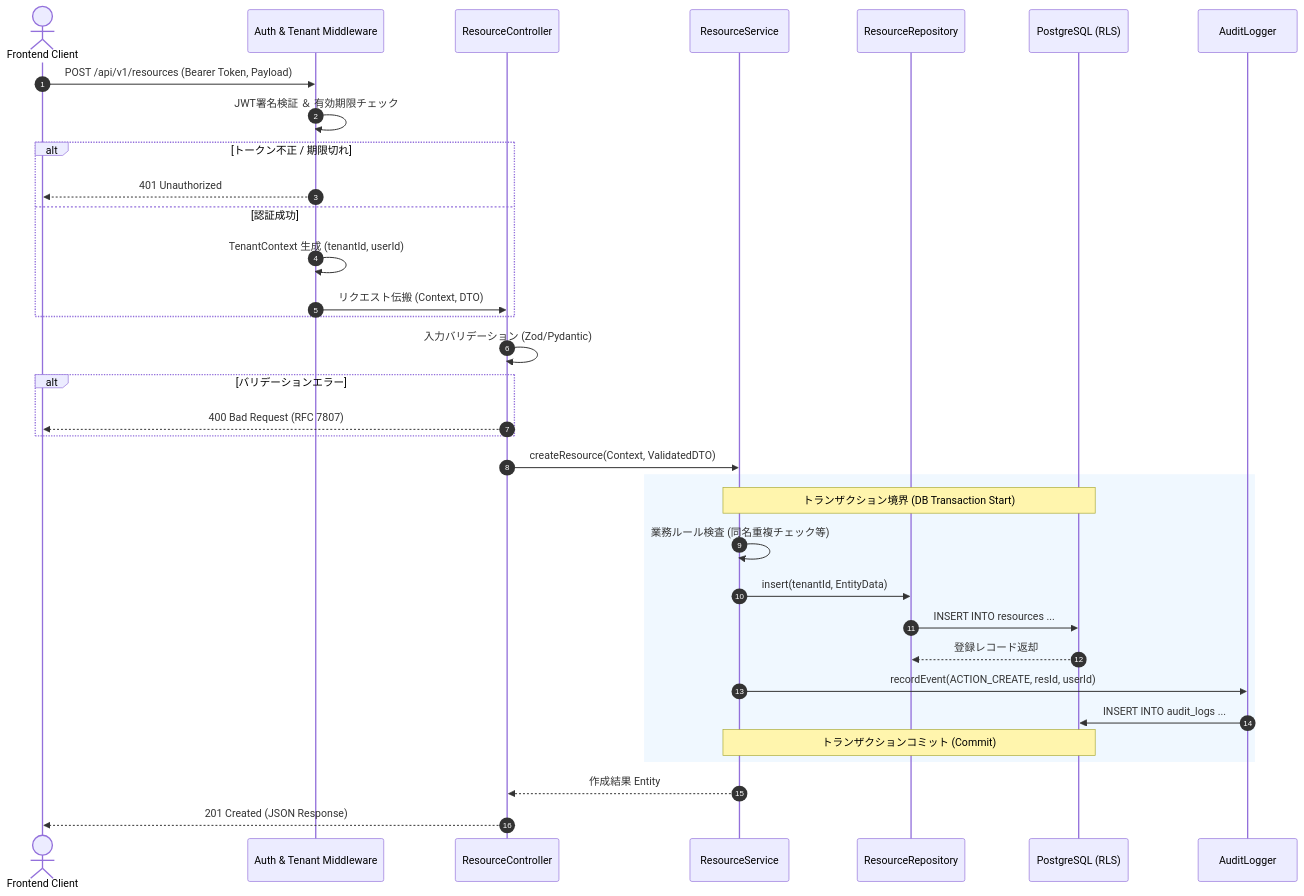
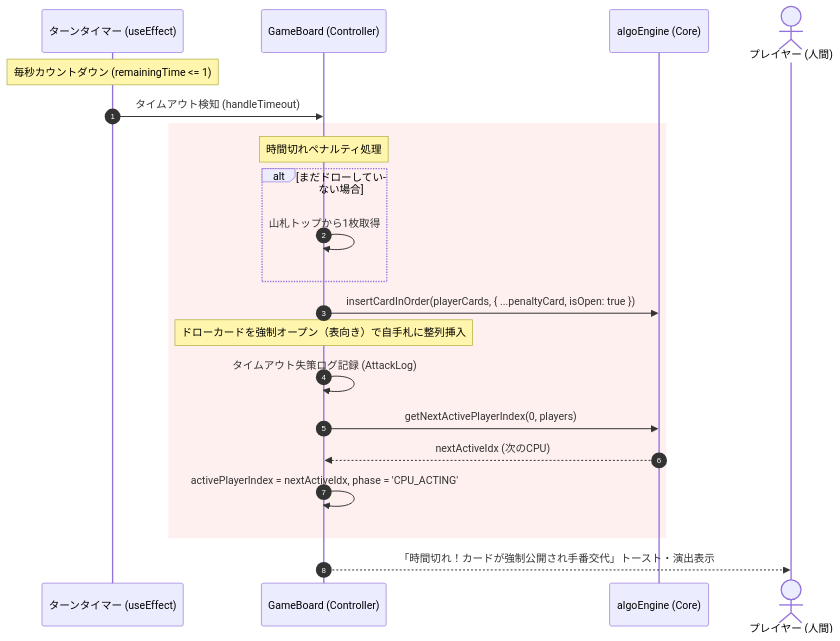
Before and after one commit to dandelion0016/algo: the third of 5 diagrams in docs/design/backend/sequence-diagrams.md, drawn with Mermaid. The commit also changed other lines of this file and 23 other files, not shown here.

````diff
--- a/docs/design/backend/sequence-diagrams.md
+++ b/docs/design/backend/sequence-diagrams.md
@@ -13,41 +126,27 @@
 ```mermaid
 sequenceDiagram
     autonumber
-    actor Client as Frontend Client
-    participant MW as Auth & Tenant Middleware
-    participant Ctrl as ResourceController
-    participant Svc as ResourceService
-    participant Repo as ResourceRepository
-    participant DB as PostgreSQL (RLS)
-    participant Audit as AuditLogger
+    participant Timer as ターンタイマー (useEffect)
+    participant Board as GameBoard (Controller)
+    participant Engine as algoEngine (Core)
+    actor User as プレイヤー (人間)
 
-    Client->>MW: POST /api/v1/resources (Bearer Token, Payload)
-    MW->>MW: JWT署名検証 ＆ 有効期限チェック
-    alt トークン不正 / 期限切れ
-        MW-->>Client: 401 Unauthorized
-    else 認証成功
-        MW->>MW: TenantContext 生成 (tenantId, userId)
-        MW->>Ctrl: リクエスト伝搬 (Context, DTO)
+    Note over Timer: 毎秒カウントダウン (remainingTime <= 1)
+    Timer->>Board: タイムアウト検知 (handleTimeout)
+
+    rect rgb(255, 240, 240)
+        Note over Board: 時間切れペナルティ処理
+        alt まだドローしていない場合
+            Board->>Board: 山札トップから1枚取得
+        end
+        Board->>Engine: insertCardInOrder(playerCards, { ...penaltyCard, isOpen: true })
+        Note over Board: ドローカードを強制オープン（表向き）で自手札に整列挿入
+
+        Board->>Board: タイムアウト失策ログ記録 (AttackLog)
+        Board->>Engine: getNextActivePlayerIndex(0, players)
+        Engine-->>Board: nextActiveIdx (次のCPU)
+        Board->>Board: activePlayerIndex = nextActiveIdx, phase = 'CPU_ACTING'
     end
 
-    Ctrl->>Ctrl: 入力バリデーション (Zod/Pydantic)
-    alt バリデーションエラー
-        Ctrl-->>Client: 400 Bad Request (RFC 7807)
-    end
-
-    Ctrl->>Svc: createResource(Context, ValidatedDTO)
-
-    rect rgb(240, 248, 255)
-        Note over Svc,DB: トランザクション境界 (DB Transaction Start)
-        Svc->>Svc: 業務ルール検査 (同名重複チェック等)
-        Svc->>Repo: insert(tenantId, EntityData)
-        Repo->>DB: INSERT INTO resources ...
-        DB-->>Repo: 登録レコード返却
-        Svc->>Audit: recordEvent(ACTION_CREATE, resId, userId)
-        Audit->>DB: INSERT INTO audit_logs ...
-        Note over Svc,DB: トランザクションコミット (Commit)
-    end
-
-    Svc-->>Ctrl: 作成結果 Entity
-    Ctrl-->>Client: 201 Created (JSON Response)
+    Board-->>User: 「時間切れ！カードが強制公開され手番交代」トースト・演出表示
 ```
````
